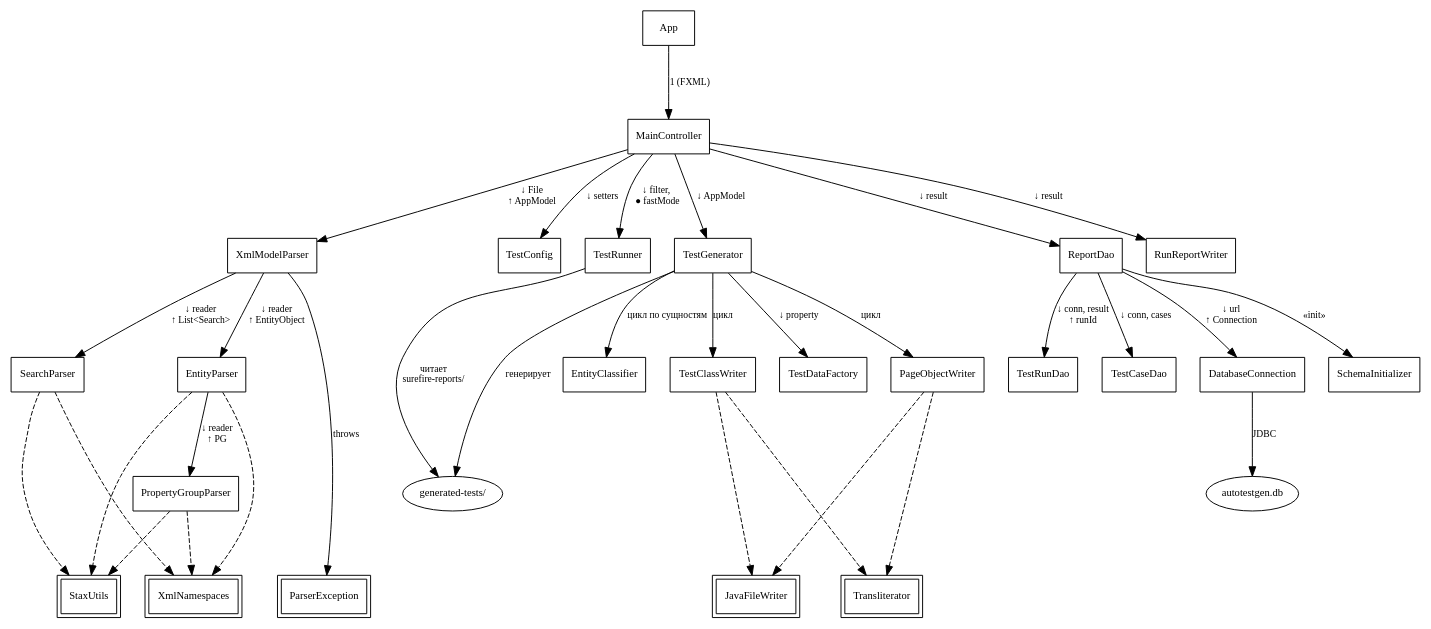
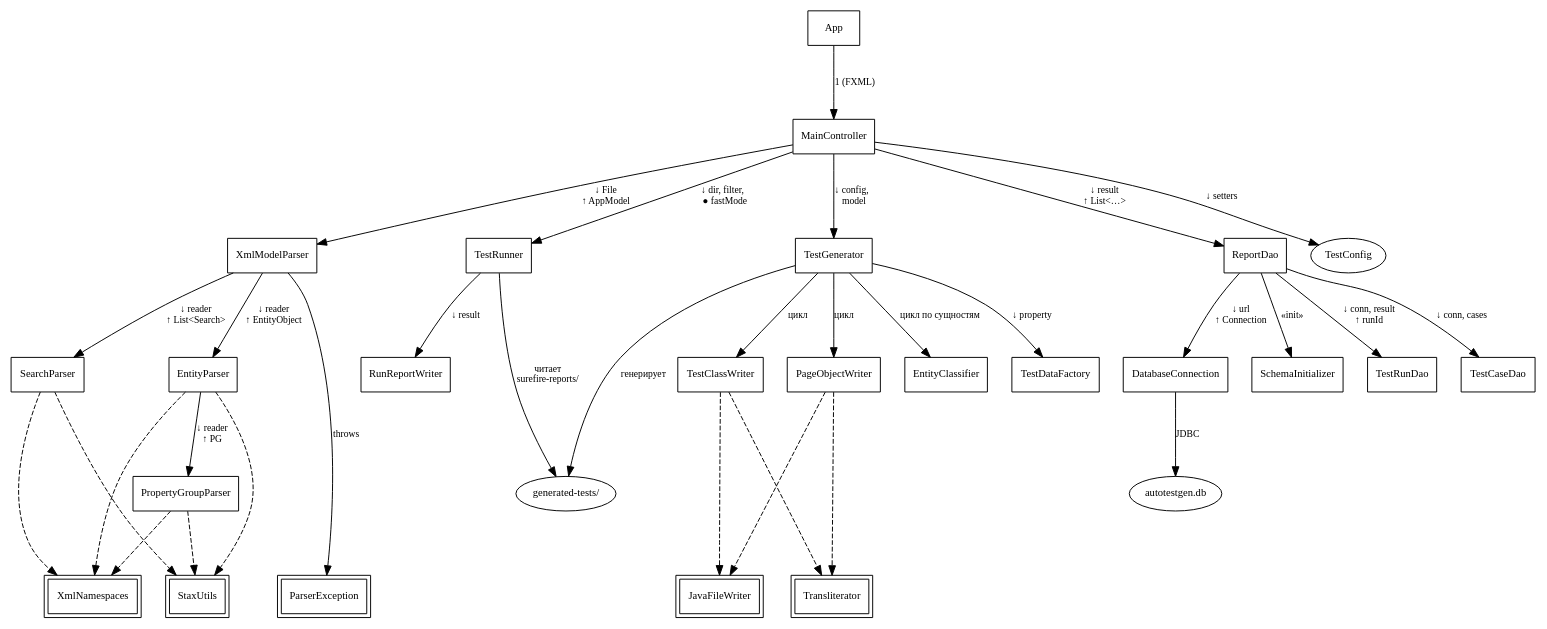
One commit to nastolbov/AutoTestGeneratorUpdate changed the diagram in diagrams/constantine.dot. Above: the diagram before and after it, drawn with Graphviz. The commit also changed 1 other file, not shown here.

Commit message:
constantine: фикс — RunReportWriter вызывается из TestRunner
Проверка по коду:
  grep "RunReportWriter" src/main/java/ru/autotestgen/
  → TestRunner.java:133: new RunReportWriter().write(...)
  → TestRunner.java:134: new RunReportWriter().writeCsv(...)

Раньше я нарисовал MainController → RunReportWriter — это
было неверно. RunReportWriter — это исполнитель внутри TestRunner.

Исправлено:
  • RunReportWriter перенесён с 3-го уровня (фасады) на 4-й
    (специализированные исполнители)
  • Связь TestRunner → RunReportWriter (вместо MainController → ...)
  • TestConfig показан как «область данных» (овал) — это
    POJO-структура, не модуль с поведением

Все 24 модуля с поведением подтверждены grep-проверкой против
реального кода (41 .java файл = 24 модуля + 17 POJO в model).

https://claude.ai/code/session_01WPz1fK92QEsvtXEfVLPRQp

```diff
--- a/diagrams/constantine.dot
+++ b/diagrams/constantine.dot
@@ -1,98 +1,102 @@
 digraph C {
     rankdir=TB; fontname="Liberation Serif"; fontsize=14;
     ranksep=0.9; nodesep=0.35;
     node [fontname="Liberation Serif", fontsize=11, fillcolor=white, style=filled];
     edge [color=black, fontname="Liberation Serif", fontsize=10];
 
     // ===== Уровень 1: точка входа =====
     App [shape=box, label="App"];
 
     // ===== Уровень 2: контроллер =====
     MainController [shape=box, label="MainController"];
 
-    // ===== Уровень 3: фасады подсистем =====
+    // ===== Уровень 3: фасады подсистем (4) =====
     XmlModelParser  [shape=box, label="XmlModelParser"];
-    TestConfig      [shape=box, label="TestConfig"];
     TestGenerator   [shape=box, label="TestGenerator"];
     TestRunner      [shape=box, label="TestRunner"];
     ReportDao       [shape=box, label="ReportDao"];
-    RunReportWriter [shape=box, label="RunReportWriter"];
 
-    // ===== Уровень 4: специализированные исполнители =====
+    // TestConfig — это data structure, показываем как область данных
+    TestConfig      [shape=ellipse, label="TestConfig"];
+
+    // ===== Уровень 4: специализированные исполнители (11) =====
     EntityParser        [shape=box, label="EntityParser"];
     SearchParser        [shape=box, label="SearchParser"];
     PageObjectWriter    [shape=box, label="PageObjectWriter"];
     TestClassWriter     [shape=box, label="TestClassWriter"];
     EntityClassifier    [shape=box, label="EntityClassifier"];
     TestDataFactory     [shape=box, label="TestDataFactory"];
+    RunReportWriter     [shape=box, label="RunReportWriter"];
     DatabaseConnection  [shape=box, label="DatabaseConnection"];
     SchemaInitializer   [shape=box, label="SchemaInitializer"];
     TestRunDao          [shape=box, label="TestRunDao"];
     TestCaseDao         [shape=box, label="TestCaseDao"];
 
-    // ===== Уровень 5: глубинные парсеры (вложенные) =====
+    // ===== Уровень 5: глубинные =====
     PropertyGroupParser [shape=box, label="PropertyGroupParser"];
 
-    // ===== Уровень 6: библиотеки/утилиты (double border) =====
+    // ===== Уровень 6: библиотеки =====
     StaxUtils       [shape=box, peripheries=2, label="StaxUtils"];
     XmlNamespaces   [shape=box, peripheries=2, label="XmlNamespaces"];
     JavaFileWriter  [shape=box, peripheries=2, label="JavaFileWriter"];
     Transliterator  [shape=box, peripheries=2, label="Transliterator"];
     ParserException [shape=box, peripheries=2, label="ParserException"];
 
-    // ===== Уровень 7: внешние артефакты (овалы) =====
+    // ===== Уровень 7: внешние артефакты =====
     SQLite   [shape=ellipse, label="autotestgen.db"];
     GenFiles [shape=ellipse, label="generated-tests/"];
 
-    // ===== Связи =====
+    // ===== Связи (фактические по коду) =====
     App -> MainController [label=" 1 (FXML)"];
 
-    MainController -> XmlModelParser   [label="↓ File\n↑ AppModel"];
-    MainController -> TestConfig       [label="↓ setters"];
-    MainController -> TestGenerator    [label="↓ AppModel"];
-    MainController -> TestRunner       [label="↓ filter,\n  ● fastMode"];
-    MainController -> ReportDao        [label="↓ result"];
-    MainController -> RunReportWriter  [label="↓ result"];
+    MainController -> XmlModelParser [label="↓ File\n↑ AppModel"];
+    MainController -> TestConfig     [label="↓ setters"];
+    MainController -> TestGenerator  [label="↓ config,\n   model"];
+    MainController -> TestRunner     [label="↓ dir, filter,\n   ● fastMode"];
+    MainController -> ReportDao      [label="↓ result\n↑ List<…>"];
 
     XmlModelParser -> EntityParser [label="↓ reader\n↑ EntityObject"];
     XmlModelParser -> SearchParser [label="↓ reader\n↑ List<Search>"];
     EntityParser   -> PropertyGroupParser [label="↓ reader\n↑ PG"];
 
     TestGenerator -> EntityClassifier [label="цикл по сущностям"];
     TestGenerator -> PageObjectWriter [label="цикл"];
     TestGenerator -> TestClassWriter  [label="цикл"];
     TestGenerator -> TestDataFactory  [label="↓ property"];
+
+    // ФИКС: RunReportWriter вызывается из TestRunner, не из MainController
+    TestRunner -> RunReportWriter [label="↓ result"];
 
     ReportDao -> DatabaseConnection [label="↓ url\n↑ Connection"];
     ReportDao -> SchemaInitializer  [label="«init»"];
     ReportDao -> TestRunDao  [label="↓ conn, result\n↑ runId"];
     ReportDao -> TestCaseDao [label="↓ conn, cases"];
 
     EntityParser        -> StaxUtils     [style=dashed];
     PropertyGroupParser -> StaxUtils     [style=dashed];
     SearchParser        -> StaxUtils     [style=dashed];
     EntityParser        -> XmlNamespaces [style=dashed];
     PropertyGroupParser -> XmlNamespaces [style=dashed];
     SearchParser        -> XmlNamespaces [style=dashed];
     PageObjectWriter    -> JavaFileWriter [style=dashed];
     TestClassWriter     -> JavaFileWriter [style=dashed];
     PageObjectWriter    -> Transliterator [style=dashed];
     TestClassWriter     -> Transliterator [style=dashed];
 
     XmlModelParser -> ParserException [label="throws"];
 
     TestGenerator      -> GenFiles [label="генерирует"];
     TestRunner         -> GenFiles [label="читает\nsurefire-reports/"];
     DatabaseConnection -> SQLite   [label="JDBC"];
 
-    // ===== Фиксация УРОВНЕЙ =====
+    // ===== Уровни =====
     { rank=same; App; }
     { rank=same; MainController; }
-    { rank=same; XmlModelParser; TestConfig; TestGenerator; TestRunner; ReportDao; RunReportWriter; }
+    { rank=same; XmlModelParser; TestConfig; TestGenerator; TestRunner; ReportDao; }
     { rank=same; EntityParser; SearchParser; PageObjectWriter; TestClassWriter;
-                 EntityClassifier; TestDataFactory;
+                 EntityClassifier; TestDataFactory; RunReportWriter;
                  DatabaseConnection; SchemaInitializer; TestRunDao; TestCaseDao; }
     { rank=same; PropertyGroupParser; }
     { rank=same; StaxUtils; XmlNamespaces; JavaFileWriter; Transliterator; ParserException; }
     { rank=same; SQLite; GenFiles; }
 }
```
